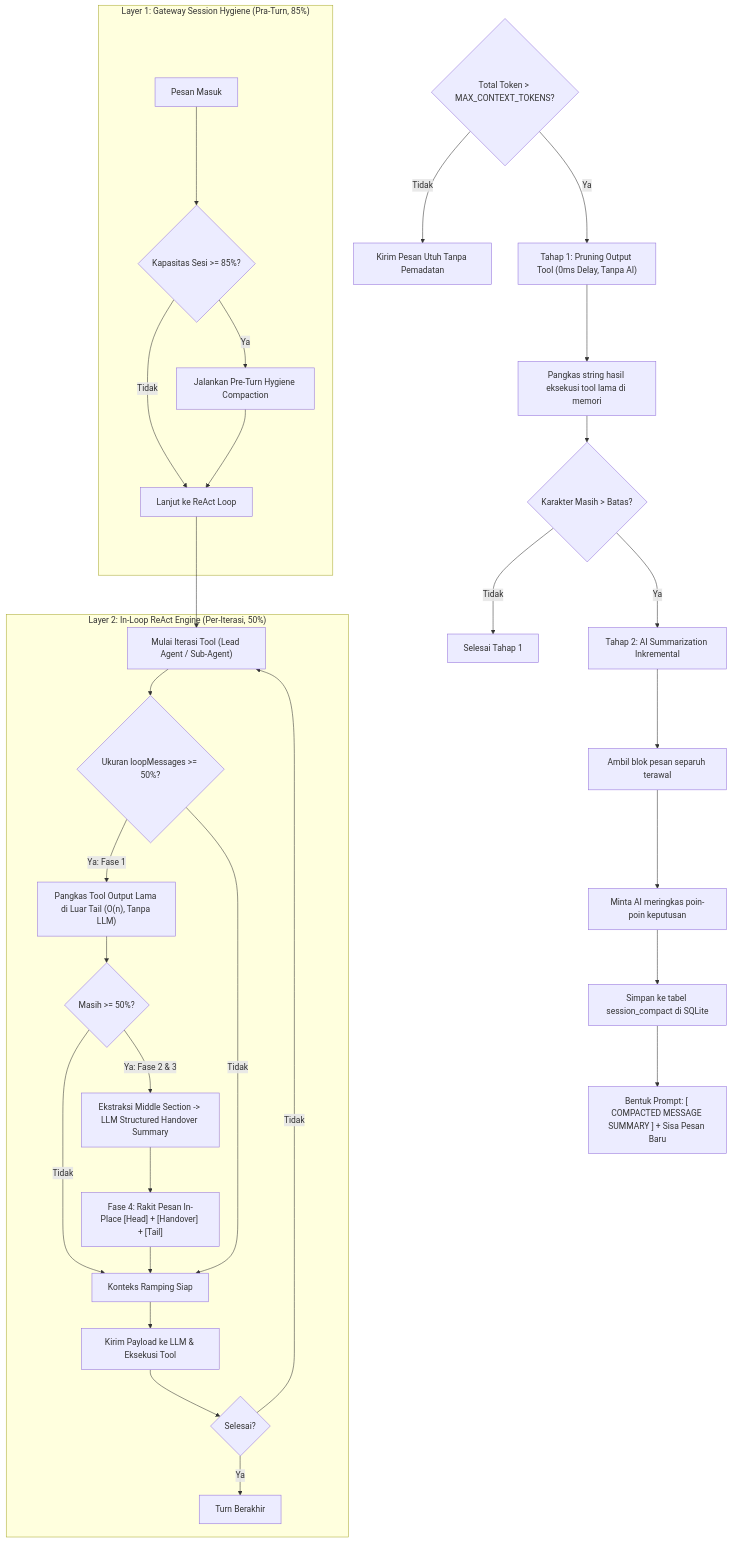
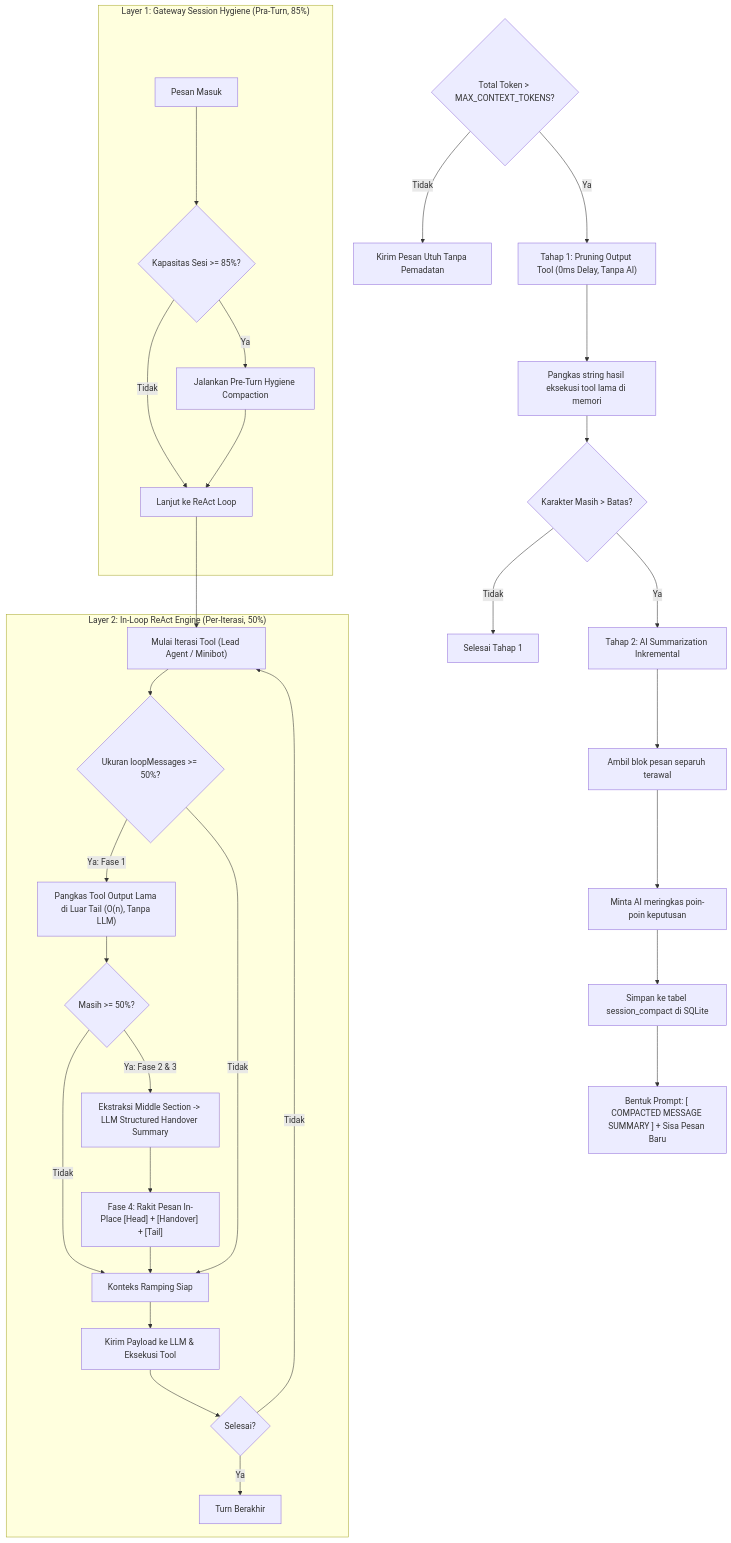
Before and after one commit to Mazees/mark-agent: the second of 2 diagrams in docs/02-architecture/search-and-memory.md, drawn with Mermaid. The commit also changed other lines of this file and 70 other files, not shown here.

Commit message:
feat: merombak sub agent menjadi minibots yang dapat berjalan di latar belakang

````diff
--- a/docs/02-architecture/search-and-memory.md
+++ b/docs/02-architecture/search-and-memory.md
@@ -138,37 +138,37 @@
 ```mermaid
 flowchart TD
     CheckLimit{"Total Token > MAX_CONTEXT_TOKENS?"} -->|Tidak| Pass["Kirim Pesan Utuh Tanpa Pemadatan"]
     CheckLimit -->|Ya| Stage1["Tahap 1: Pruning Output Tool (0ms Delay, Tanpa AI)"]
     subgraph Layer1["Layer 1: Gateway Session Hygiene (Pra-Turn, 85%)"]
         A["Pesan Masuk"] --> B{"Kapasitas Sesi >= 85%?"}
         B -- "Ya" --> C["Jalankan Pre-Turn Hygiene Compaction"]
         B -- "Tidak" --> D["Lanjut ke ReAct Loop"]
         C --> D
     end
 
     Stage1 --> PruneOld["Pangkas string hasil eksekusi tool lama di memori"]
     PruneOld --> Recheck{"Karakter Masih > Batas?"}
 
     Recheck -->|Tidak| DoneStage1["Selesai Tahap 1"]
     Recheck -->|Ya| Stage2["Tahap 2: AI Summarization Inkremental"]
 
     Stage2 --> SliceMessages["Ambil blok pesan separuh terawal"]
     SliceMessages --> AISummary["Minta AI meringkas poin-poin keputusan"]
     AISummary --> SaveCompact["Simpan ke tabel session_compact di SQLite"]
     SaveCompact --> Assemble["Bentuk Prompt: [ COMPACTED MESSAGE SUMMARY ] + Sisa Pesan Baru"]
     subgraph Layer2["Layer 2: In-Loop ReAct Engine (Per-Iterasi, 50%)"]
-        D --> E["Mulai Iterasi Tool (Lead Agent / Sub-Agent)"]
+        D --> E["Mulai Iterasi Tool (Lead Agent / Minibot)"]
         E --> F{"Ukuran loopMessages >= 50%?"}
         F -- "Ya: Fase 1" --> G["Pangkas Tool Output Lama di Luar Tail (O(n), Tanpa LLM)"]
         G --> H{"Masih >= 50%?"}
         H -- "Ya: Fase 2 & 3" --> I["Ekstraksi Middle Section -> LLM Structured Handover Summary"]
         I --> J["Fase 4: Rakit Pesan In-Place [Head] + [Handover] + [Tail]"]
         H -- "Tidak" --> K["Konteks Ramping Siap"]
         J --> K
         F -- "Tidak" --> K
         K --> L["Kirim Payload ke LLM & Eksekusi Tool"]
         L --> M{"Selesai?"}
         M -- "Tidak" --> E
         M -- "Ya" --> N["Turn Berakhir"]
     end
 ```
````
